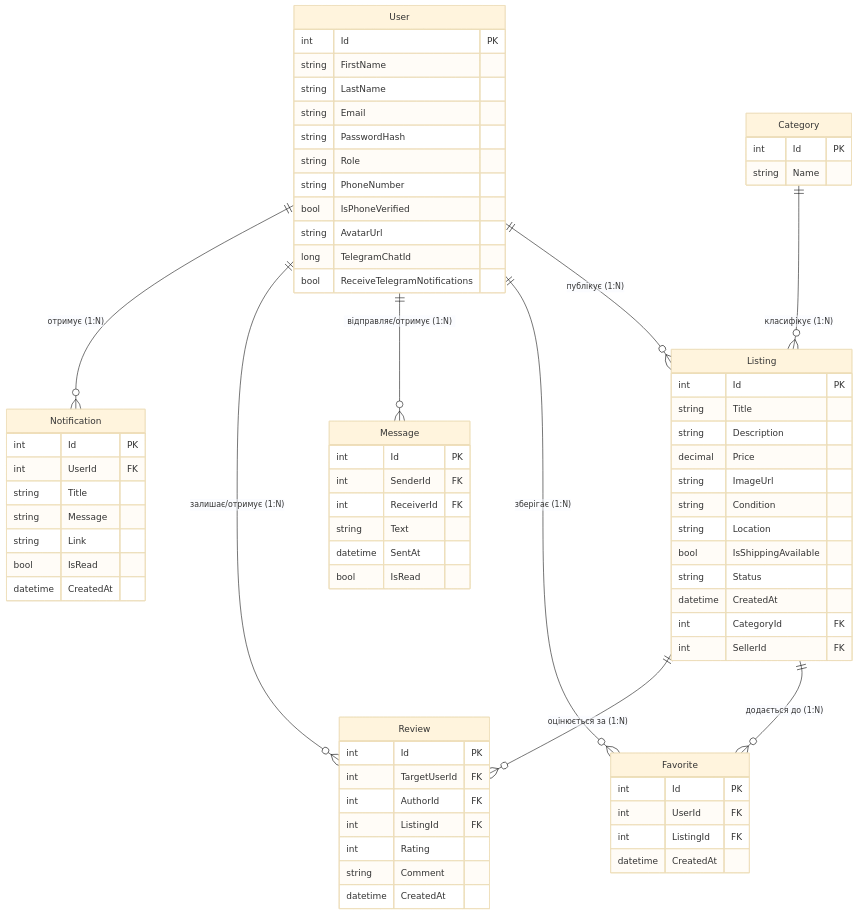
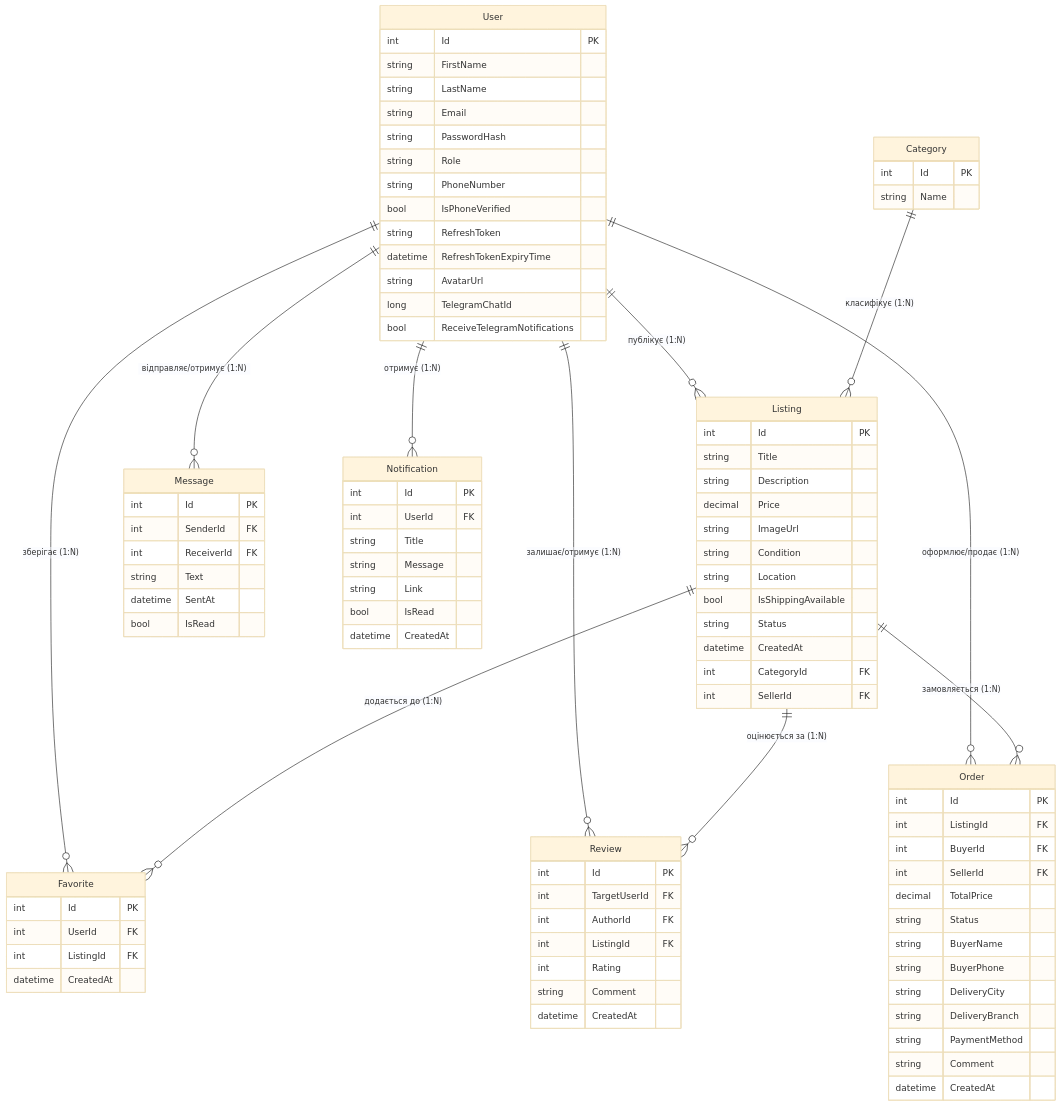
One commit to BobaBobus123/LoopMarket changed the diagram in README.md. Above: the diagram before and after it, drawn with Mermaid (base theme). The commit also changed other lines of this file and 38 other files, not shown here.

```diff
--- a/README.md
+++ b/README.md
@@ -52,6 +92,8 @@
     Category ||--o{ Listing : "класифікує (1:N)"
     Listing ||--o{ Favorite : "додається до (1:N)"
     Listing ||--o{ Review : "оцінюється за (1:N)"
+    User ||--o{ Order : "оформлює/продає (1:N)"
+    Listing ||--o{ Order : "замовляється (1:N)"
 
     User {
         int Id PK
@@ -62,9 +104,27 @@
         string Role
         string PhoneNumber
         bool IsPhoneVerified
+        string RefreshToken
+        datetime RefreshTokenExpiryTime
         string AvatarUrl
         long TelegramChatId
         bool ReceiveTelegramNotifications
+    }
+
+    Order {
+        int Id PK
+        int ListingId FK
+        int BuyerId FK
+        int SellerId FK
+        decimal TotalPrice
+        string Status
+        string BuyerName
+        string BuyerPhone
+        string DeliveryCity
+        string DeliveryBranch
+        string PaymentMethod
+        string Comment
+        datetime CreatedAt
     }
 
     Category {
```
